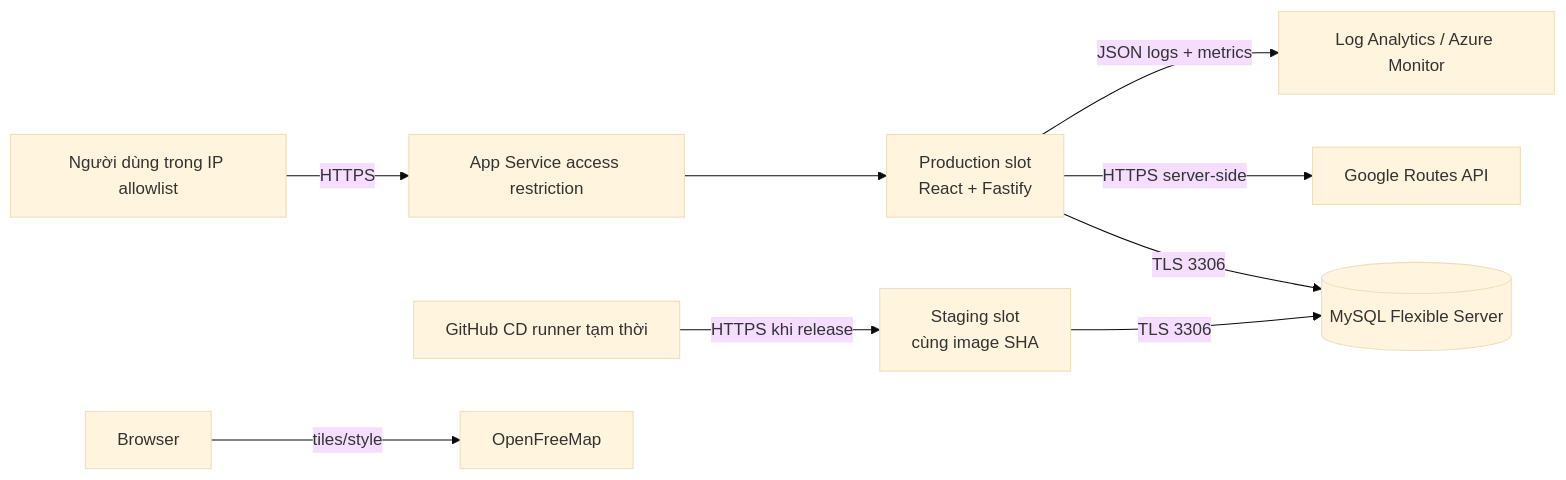
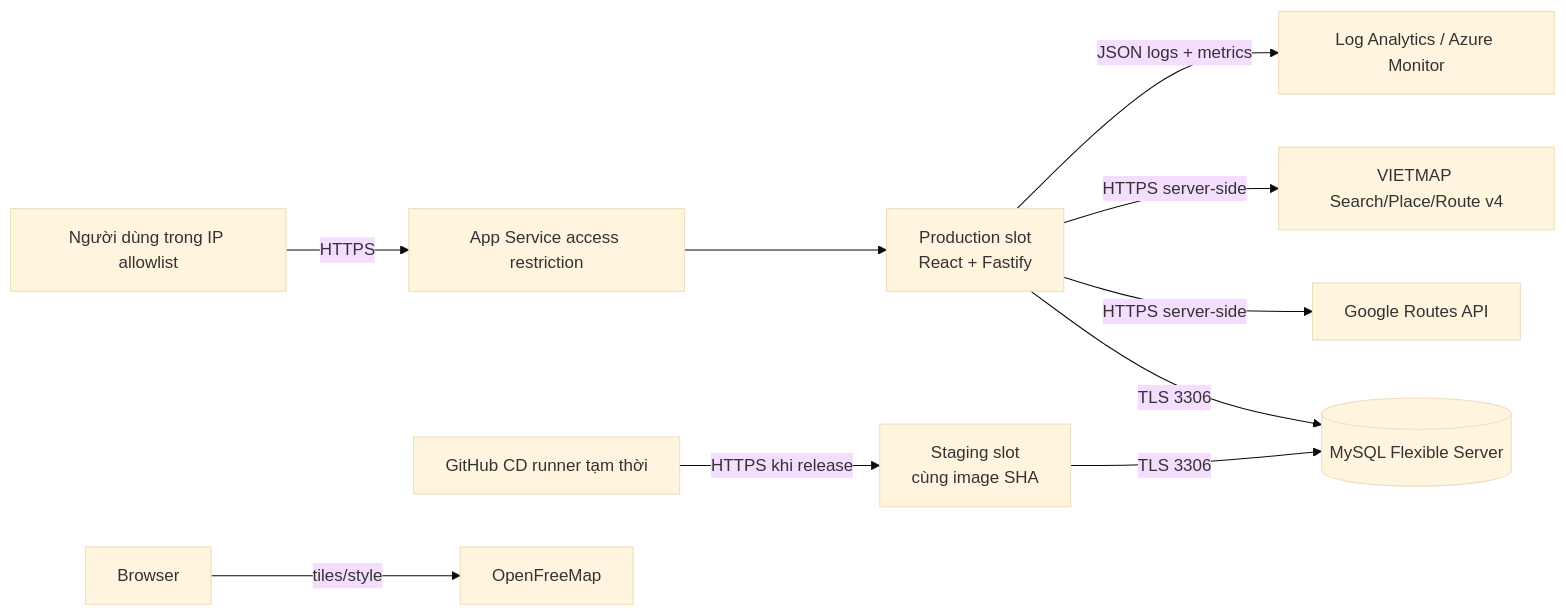
One commit to qkhanhbe/HanoiTrip changed the first of 4 diagrams in architecture.md. Above: the diagram before and after it, drawn with Mermaid (base theme). The commit also changed other lines of this file and 35 other files, not shown here.

First line of the commit message:
feat: add real Hanoi search and road routing (#7)

````diff
--- a/architecture.md
+++ b/architecture.md
@@ -7,11 +7,12 @@
 ```mermaid
 flowchart LR
     User[Người dùng trong IP allowlist] -->|HTTPS| Restriction[App Service access restriction]
     Restriction --> Prod[Production slot\nReact + Fastify]
     Runner[GitHub CD runner tạm thời] -->|HTTPS khi release| Stage[Staging slot\ncùng image SHA]
     Prod -->|TLS 3306| DB[(MySQL Flexible Server)]
     Stage -->|TLS 3306| DB
-    Prod -->|HTTPS server-side| Routes[Google Routes API]
+    Prod -->|HTTPS server-side| Transit[Google Routes API]
+    Prod -->|HTTPS server-side| Road[VIETMAP Search/Place/Route v4]
     Browser[Browser] -->|tiles/style| Map[OpenFreeMap]
     Prod -->|JSON logs + metrics| Logs[Log Analytics / Azure Monitor]
 ```
````
